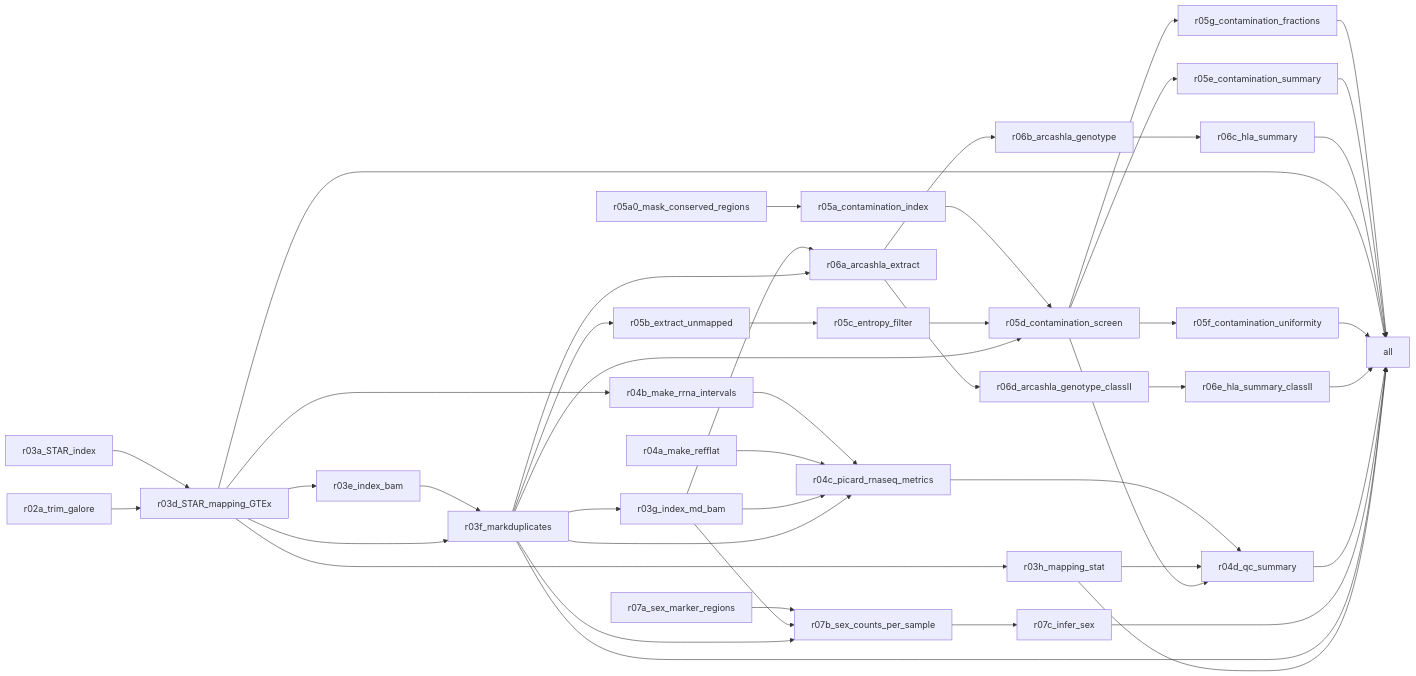
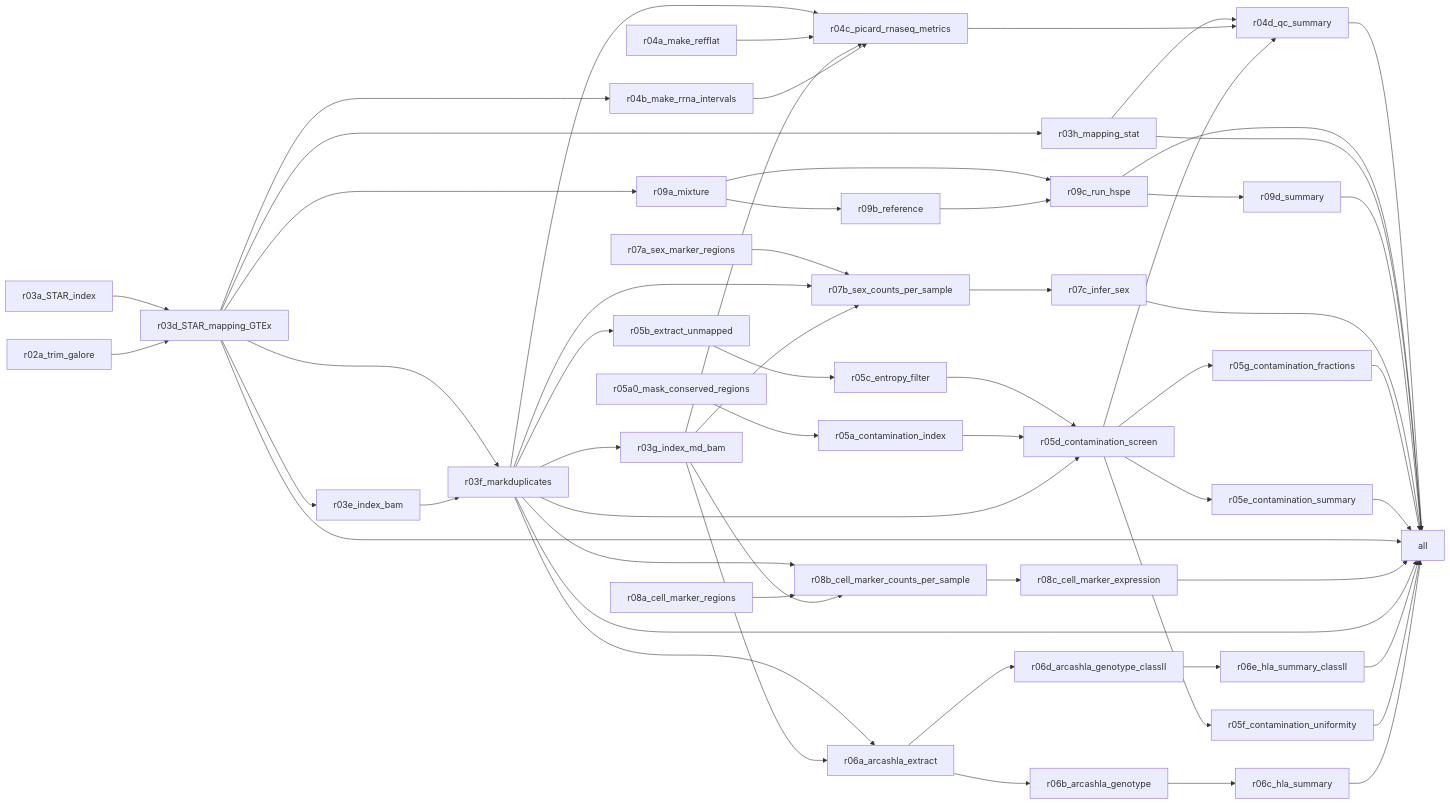
One commit to nikolayquadrat/lpb-ex-ome-presession changed the second of 2 diagrams in README.md. Above: the diagram before and after it, drawn with Mermaid. The commit also changed other lines of this file, not shown here.

````diff
--- a/README.md
+++ b/README.md
@@ -251,33 +267,43 @@
 	id25[r07c_infer_sex]
 	id26[r07b_sex_counts_per_sample]
 	id27[r07a_sex_marker_regions]
+	id28[r08c_cell_marker_expression]
+	id29[r08b_cell_marker_counts_per_sample]
+	id30[r08a_cell_marker_regions]
+	id31[r09d_summary]
+	id32[r09c_run_hspe]
+	id33[r09b_reference]
+	id34[r09a_mixture]
+	id7 --> id0
+	id32 --> id0
+	id6 --> id0
+	id31 --> id0
+	id25 --> id0
 	id19 --> id0
 	id17 --> id0
+	id2 --> id0
+	id28 --> id0
+	id1 --> id0
+	id23 --> id0
+	id18 --> id0
 	id20 --> id0
-	id2 --> id0
-	id18 --> id0
-	id23 --> id0
-	id7 --> id0
-	id25 --> id0
-	id1 --> id0
-	id6 --> id0
+	id2 --> id1
 	id5 --> id1
-	id2 --> id1
 	id4 --> id2
 	id3 --> id2
 	id2 --> id5
 	id2 --> id6
+	id6 --> id7
 	id8 --> id7
-	id6 --> id7
 	id12 --> id7
-	id11 --> id8
+	id1 --> id8
 	id10 --> id8
 	id9 --> id8
-	id1 --> id8
+	id11 --> id8
 	id1 --> id9
 	id2 --> id11
+	id13 --> id12
 	id15 --> id12
-	id13 --> id12
 	id1 --> id12
 	id14 --> id13
 	id1 --> id14
@@ -287,12 +313,21 @@
 	id12 --> id19
 	id21 --> id20
 	id22 --> id21
+	id1 --> id22
 	id9 --> id22
-	id1 --> id22
 	id24 --> id23
 	id22 --> id24
 	id26 --> id25
 	id27 --> id26
+	id1 --> id26
 	id9 --> id26
-	id1 --> id26
+	id29 --> id28
+	id1 --> id29
+	id30 --> id29
+	id9 --> id29
+	id32 --> id31
+	id34 --> id32
+	id33 --> id32
+	id34 --> id33
+	id2 --> id34
 ```
````
